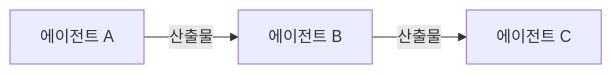
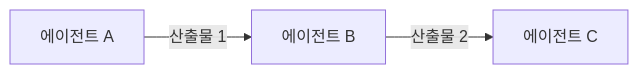
Before and after one commit to wooxist/ai-instructions: the first of 2 diagrams in book/07-process-workflow.md, drawn with Mermaid. The commit also changed other lines of this file and 1 other file, not shown here.

Commit message:
refactor: Revise chapter 10 to introduce advanced collaboration architectures and enhance workflow design principles

````diff
--- a/book/07-process-workflow.md
+++ b/book/07-process-workflow.md
@@ -54,4 +21,4 @@
 ```mermaid
 graph LR;
-    A[에이전트 A] -- 산출물 --> B[에이전트 B] -- 산출물 --> C[에이전트 C];
+    A[에이전트 A] -- 산출물 1 --> B[에이전트 B] -- 산출물 2 --> C[에이전트 C];
 ```
````
